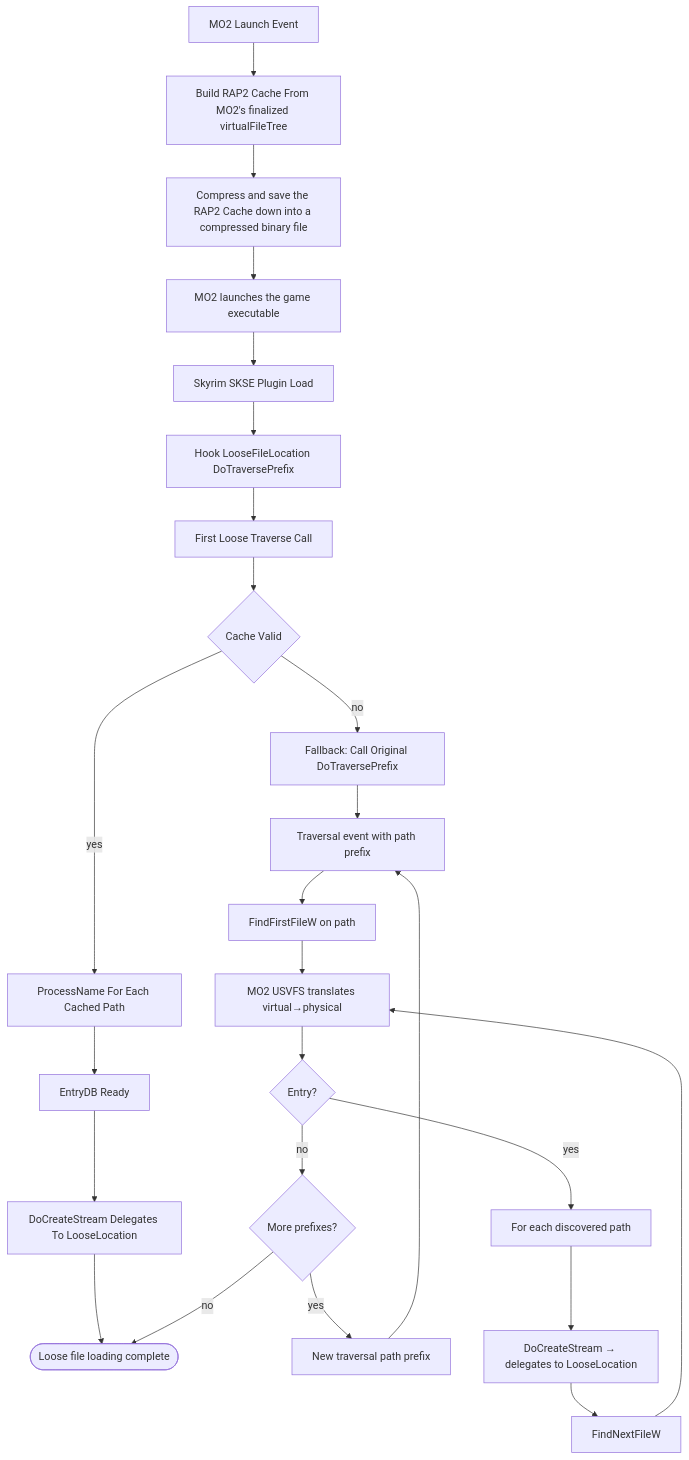
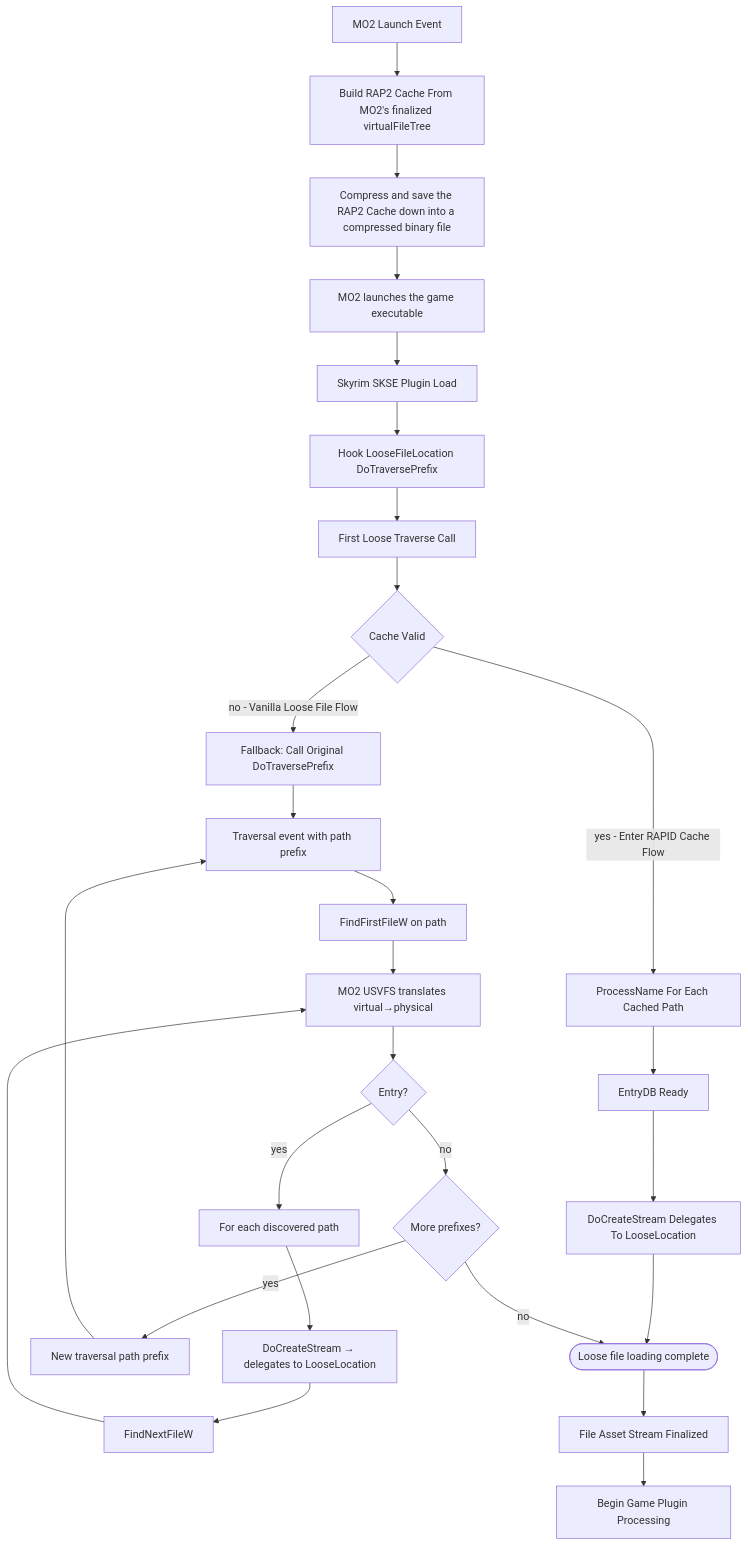
The diagram in README.md (raziell74/rapid), drawn with Mermaid before and after one commit.

Commit message:
Added chart node for the next game load step (plugin processing)

````diff
--- a/README.md
+++ b/README.md
@@ -15,28 +15,30 @@
 ```mermaid
 flowchart TD
   mo2Launch[MO2 Launch Event] --> buildCache[Build RAP2 Cache From MO2's finalized virtualFileTree]
   buildCache --> writeCache[Compress and save the RAP2 Cache down into a compressed binary file]
   writeCache --> gameLaunch[MO2 launches the game executable]
   gameLaunch --> gameStart[Skyrim SKSE Plugin Load]
   gameStart --> hookInstall[Hook LooseFileLocation DoTraversePrefix]
   hookInstall --> firstTraverse[First Loose Traverse Call]
   firstTraverse --> cacheLoad{Cache Valid}
-  cacheLoad -->|yes| injectPaths[ProcessName For Each Cached Path]
-  cacheLoad -->|no| nativeFallback[Fallback: Call Original DoTraversePrefix]
+  cacheLoad -->|yes - Enter RAPID Cache Flow| injectPaths[ProcessName For Each Cached Path]
+  cacheLoad -->|no - Vanilla Loose File Flow| nativeFallback[Fallback: Call Original DoTraversePrefix]
   injectPaths --> entryDbReady[EntryDB Ready]
   entryDbReady --> streamOpen[DoCreateStream Delegates To LooseLocation]
   streamOpen --> looseComplete
 
   nativeFallback --> traverseEvent[Traversal event with path prefix]
   traverseEvent --> findFirst[FindFirstFileW on path]
   findFirst --> usvfs[MO2 USVFS translates virtual→physical]
   findNext[FindNextFileW] --> usvfs
   usvfs --> hasEntry{Entry?}
   hasEntry -->|no| morePrefixes{More prefixes?}
   hasEntry -->|yes| forEachPath[For each discovered path]
   morePrefixes -->|yes| nextPrefix[New traversal path prefix]
   morePrefixes -->|no| looseComplete([Loose file loading complete])
   forEachPath --> doCreateStream[DoCreateStream → delegates to LooseLocation]
   doCreateStream --> findNext
   nextPrefix --> traverseEvent
+  looseComplete --> fileStreamComplete[File Asset Stream Finalized]
+  fileStreamComplete --> gamePluginProcessing[Begin Game Plugin Processing]
 ```
````
